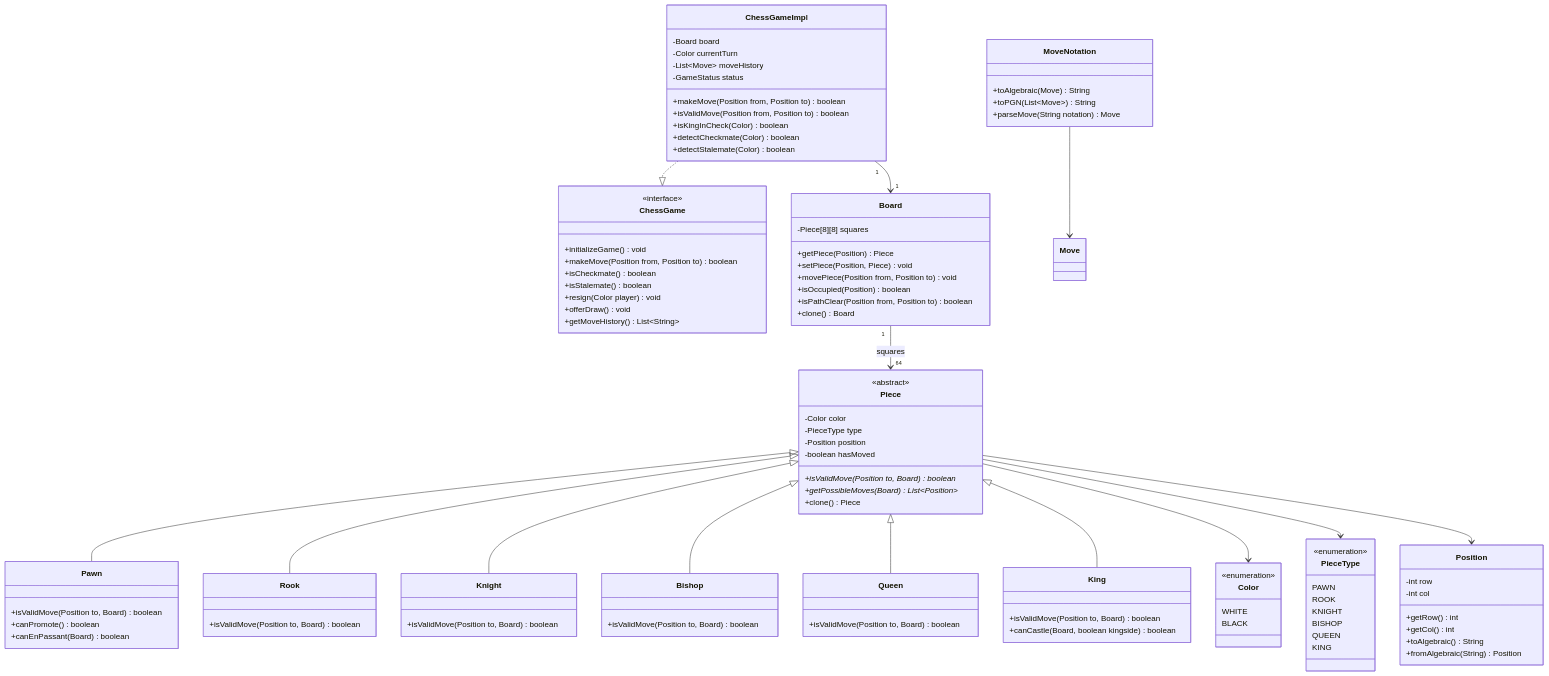
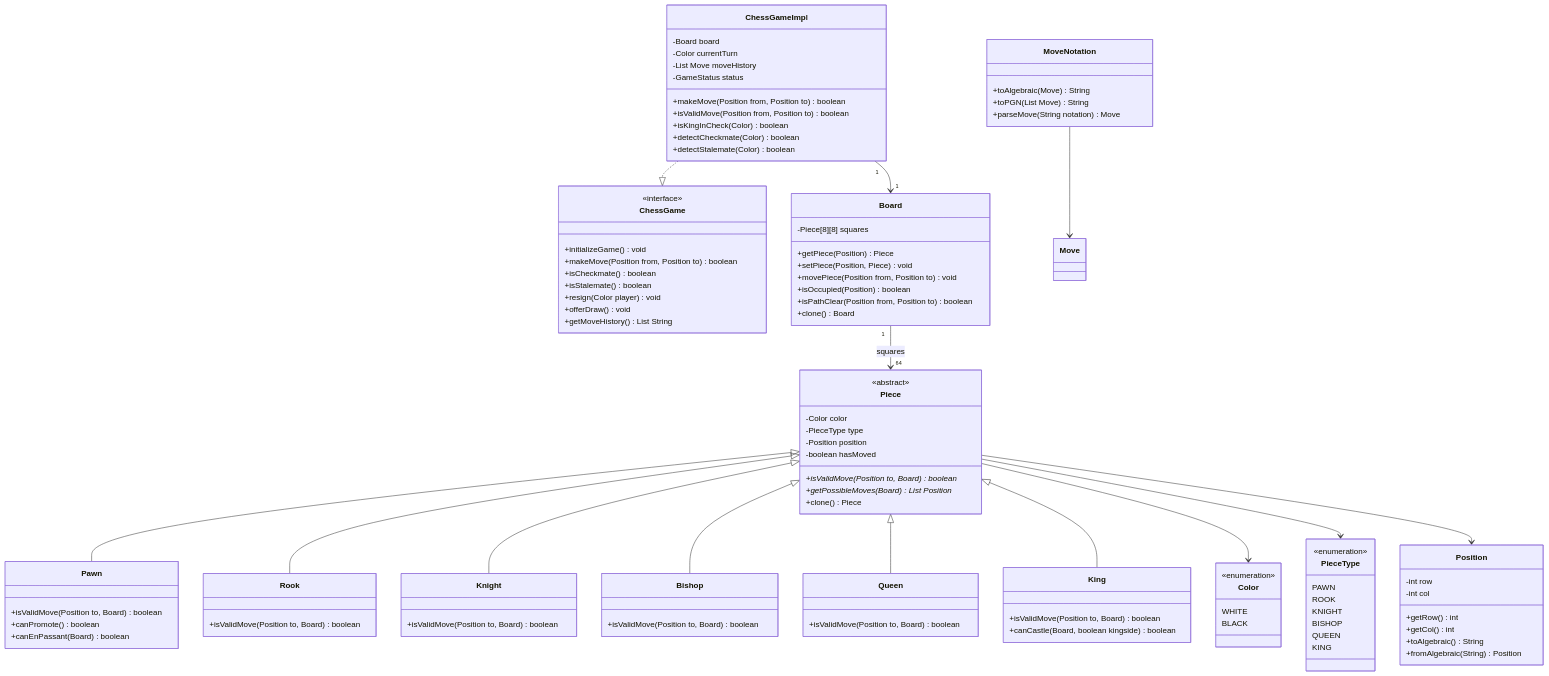
The diagram in docs/problems/chess/README.md (dlkr18/lld-playbook), drawn with Mermaid before and after one commit. The commit also changed 26 other files, not shown here.

First line of the commit message:
Fix Mermaid v10 syntax errors in class diagrams.

```diff
--- a/docs/problems/chess/README.md
+++ b/docs/problems/chess/README.md
@@ -144,13 +144,13 @@
         +isStalemate() boolean
         +resign(Color player) void
         +offerDraw() void
-        +getMoveHistory() List~String~
+        +getMoveHistory() List String
     }
 
     class ChessGameImpl {
         -Board board
         -Color currentTurn
-        -List~Move~ moveHistory
+        -List Move moveHistory
         -GameStatus status
         +makeMove(Position from, Position to) boolean
         +isValidMove(Position from, Position to) boolean
@@ -176,7 +176,7 @@
         -Position position
         -boolean hasMoved
         +isValidMove(Position to, Board) boolean*
-        +getPossibleMoves(Board) List~Position~*
+        +getPossibleMoves(Board) List Position*
         +clone() Piece
     }
 
@@ -191,7 +191,7 @@
 
     class MoveNotation {
         +toAlgebraic(Move) String
-        +toPGN(List~Move~) String
+        +toPGN(List Move) String
         +parseMove(String notation) Move
     }
 
```
